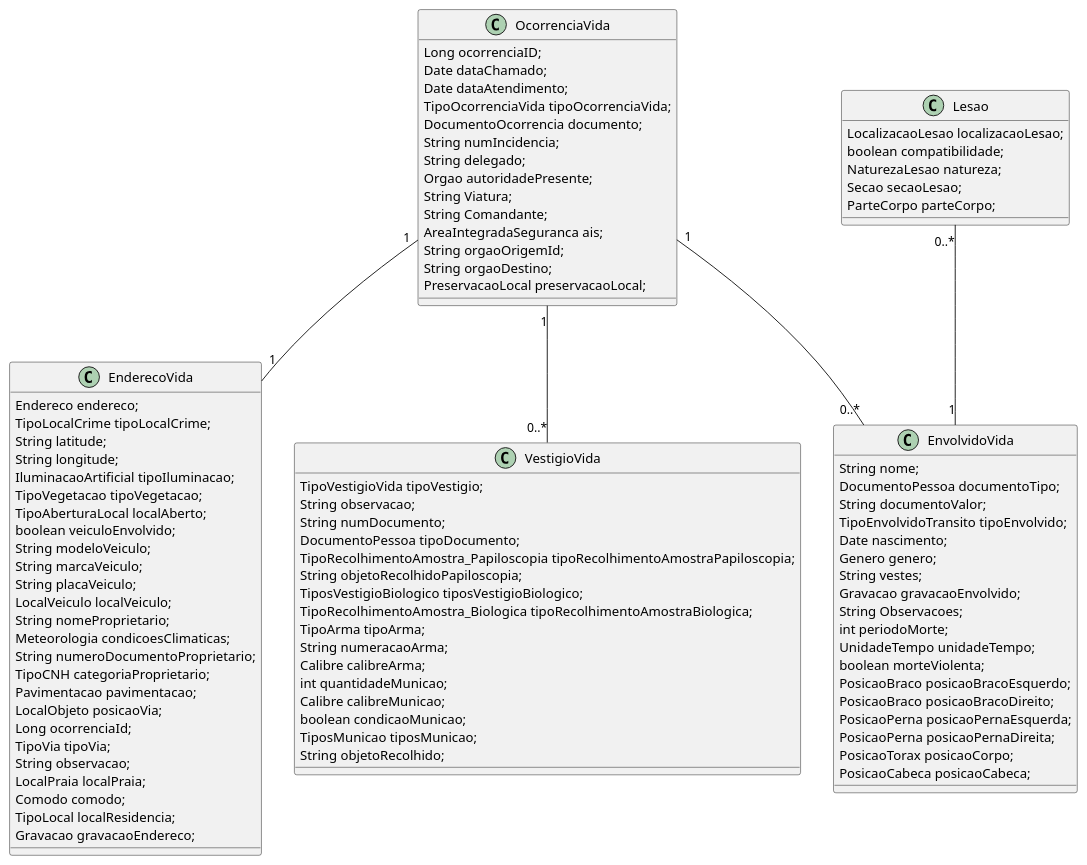
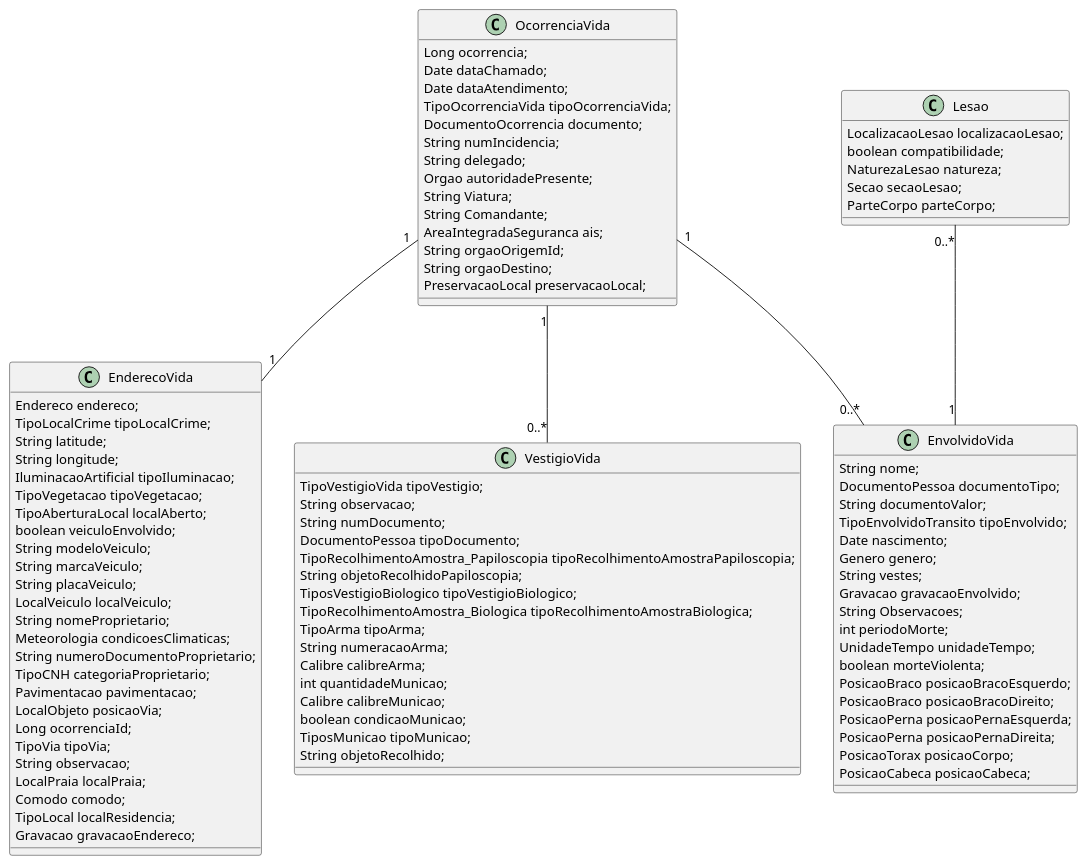
One commit to alemoreirac/galilei changed the diagram in app/src/main/java/UML/UML Vida.puml. Above: the diagram before and after it, drawn with PlantUML. The commit also changed 101 other files, not shown here.

```diff
--- a/app/src/main/java/UML/UML Vida.puml
+++ b/app/src/main/java/UML/UML Vida.puml
@@ -1,99 +1,99 @@
 @startuml
 
  class OcorrenciaVida{
-  Long ocorrenciaID;
+  Long ocorrencia;
   Date dataChamado;
   Date dataAtendimento;
   TipoOcorrenciaVida tipoOcorrenciaVida;
   DocumentoOcorrencia documento;
   String numIncidencia;
   String delegado;
   Orgao autoridadePresente;
   String Viatura;
   String Comandante;
   AreaIntegradaSeguranca ais;
   String orgaoOrigemId;
   String orgaoDestino;
   PreservacaoLocal preservacaoLocal;
   }
 
   class EnderecoVida{
   Endereco endereco;
     TipoLocalCrime tipoLocalCrime;
     String latitude;
     String longitude;
       IluminacaoArtificial tipoIluminacao;
     TipoVegetacao tipoVegetacao;
     TipoAberturaLocal localAberto;
     boolean veiculoEnvolvido;
   String modeloVeiculo;
     String marcaVeiculo;
     String placaVeiculo;
     LocalVeiculo localVeiculo;
     String nomeProprietario;
     Meteorologia condicoesClimaticas;
     String numeroDocumentoProprietario;
     TipoCNH categoriaProprietario;
     Pavimentacao pavimentacao;
     LocalObjeto posicaoVia;
     Long ocorrenciaId;
     TipoVia tipoVia;
     String observacao;
     LocalPraia localPraia;
   Comodo comodo;
   TipoLocal localResidencia;
   Gravacao gravacaoEndereco;
   }
 
   class EnvolvidoVida{
     String nome;
       DocumentoPessoa documentoTipo;
       String documentoValor;
       TipoEnvolvidoTransito tipoEnvolvido;
       Date nascimento;
       Genero genero;
       String vestes;
       Gravacao gravacaoEnvolvido;
       String Observacoes;
       int periodoMorte;
       UnidadeTempo unidadeTempo;
       boolean morteViolenta;
       PosicaoBraco posicaoBracoEsquerdo;
       PosicaoBraco posicaoBracoDireito;
       PosicaoPerna posicaoPernaEsquerda;
       PosicaoPerna posicaoPernaDireita;
       PosicaoTorax posicaoCorpo;
       PosicaoCabeca posicaoCabeca;
   }
   class Lesao{
     LocalizacaoLesao localizacaoLesao;
     boolean compatibilidade;
     NaturezaLesao natureza;
     Secao secaoLesao;
     ParteCorpo parteCorpo;
   }
 
   class VestigioVida{
    TipoVestigioVida tipoVestigio;
       String observacao;
       String numDocumento;
       DocumentoPessoa tipoDocumento;
       TipoRecolhimentoAmostra_Papiloscopia tipoRecolhimentoAmostraPapiloscopia;
       String objetoRecolhidoPapiloscopia;
-      TiposVestigioBiologico tiposVestigioBiologico;
+      TiposVestigioBiologico tipoVestigioBiologico;
       TipoRecolhimentoAmostra_Biologica tipoRecolhimentoAmostraBiologica;
       TipoArma tipoArma;
       String numeracaoArma;
       Calibre calibreArma;
       int quantidadeMunicao;
       Calibre calibreMunicao;
       boolean condicaoMunicao;
-      TiposMunicao tiposMunicao;
+      TiposMunicao tipoMunicao;
       String objetoRecolhido;
   }
 
   OcorrenciaVida "1" -- "1" EnderecoVida
   OcorrenciaVida "1" -- "0..*" EnvolvidoVida
   Lesao "0..*" -- "1" EnvolvidoVida
   OcorrenciaVida "1" -- "0..*" VestigioVida
 @enduml
```
